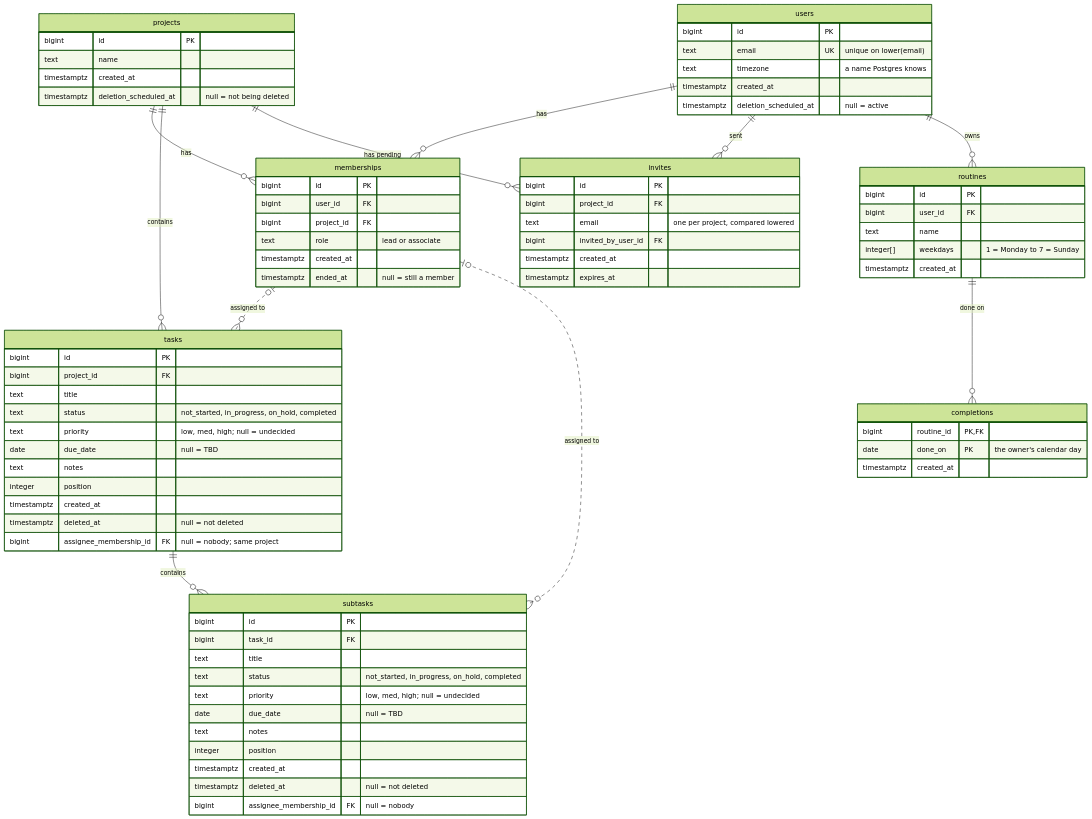
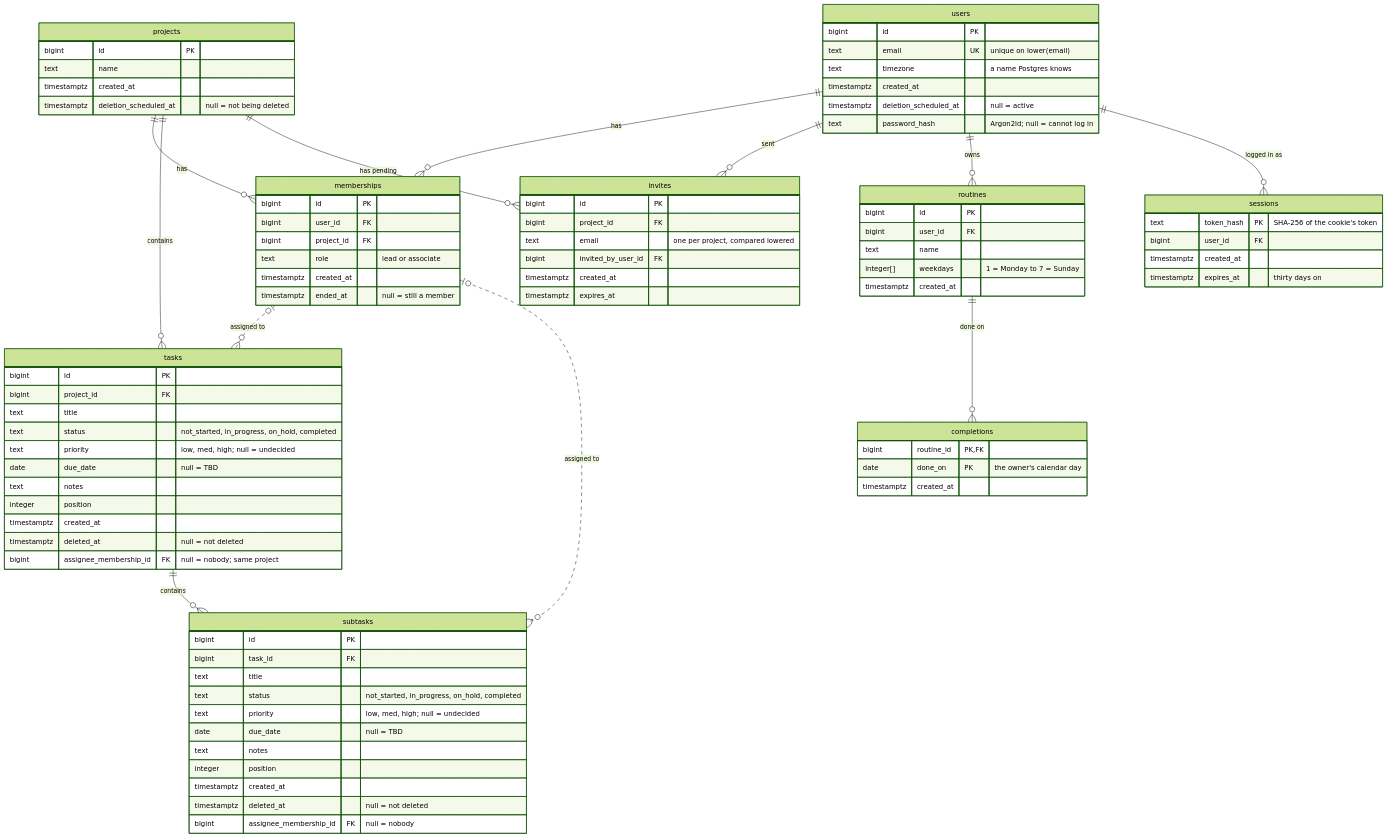
One commit to serdeljac/Taskco changed the diagram in docs/schema-diagram.md. Above: the diagram before and after it, drawn with Mermaid (forest theme). The commit also changed other lines of this file and 4 other files, not shown here.

````diff
--- a/docs/schema-diagram.md
+++ b/docs/schema-diagram.md
@@ -18,6 +18,7 @@
     users ||--o{ invites : "sent"
     users ||--o{ routines : "owns"
     routines ||--o{ completions : "done on"
+    users ||--o{ sessions : "logged in as"
 
     users {
         bigint id PK
@@ -25,6 +26,7 @@
         text timezone "a name Postgres knows"
         timestamptz created_at
         timestamptz deletion_scheduled_at "null = active"
+        text password_hash "Argon2id; null = cannot log in"
     }
 
     projects {
@@ -93,4 +95,11 @@
         date done_on PK "the owner's calendar day"
         timestamptz created_at
     }
+
+    sessions {
+        text token_hash PK "SHA-256 of the cookie's token"
+        bigint user_id FK
+        timestamptz created_at
+        timestamptz expires_at "thirty days on"
+    }
 ```
````
